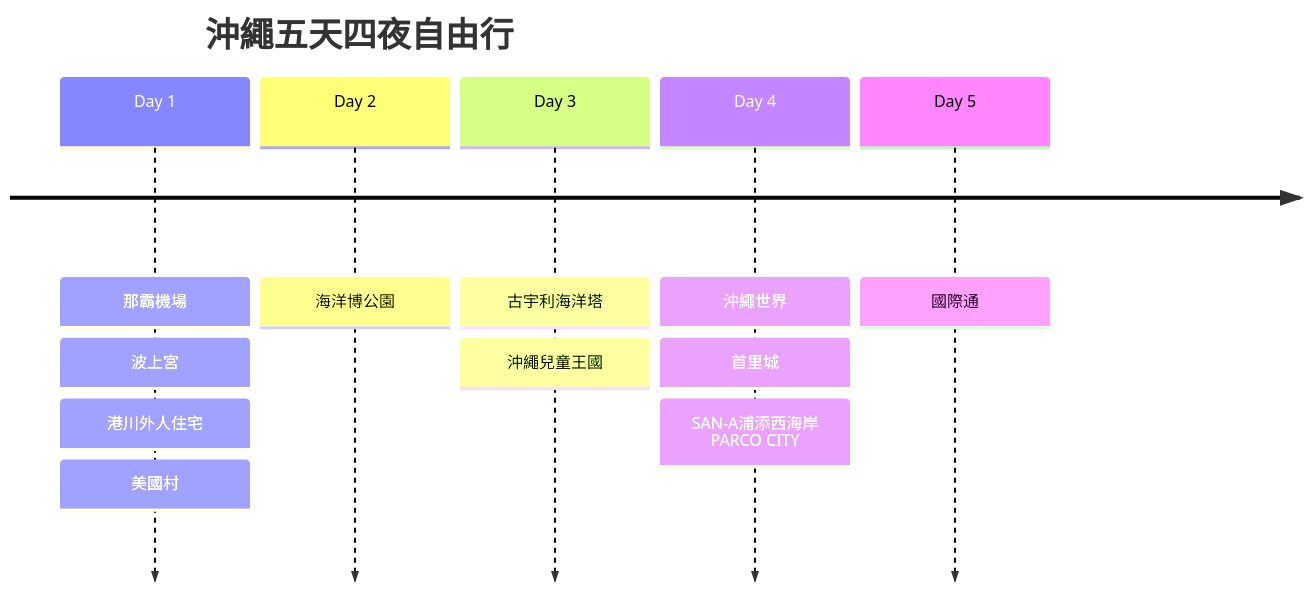
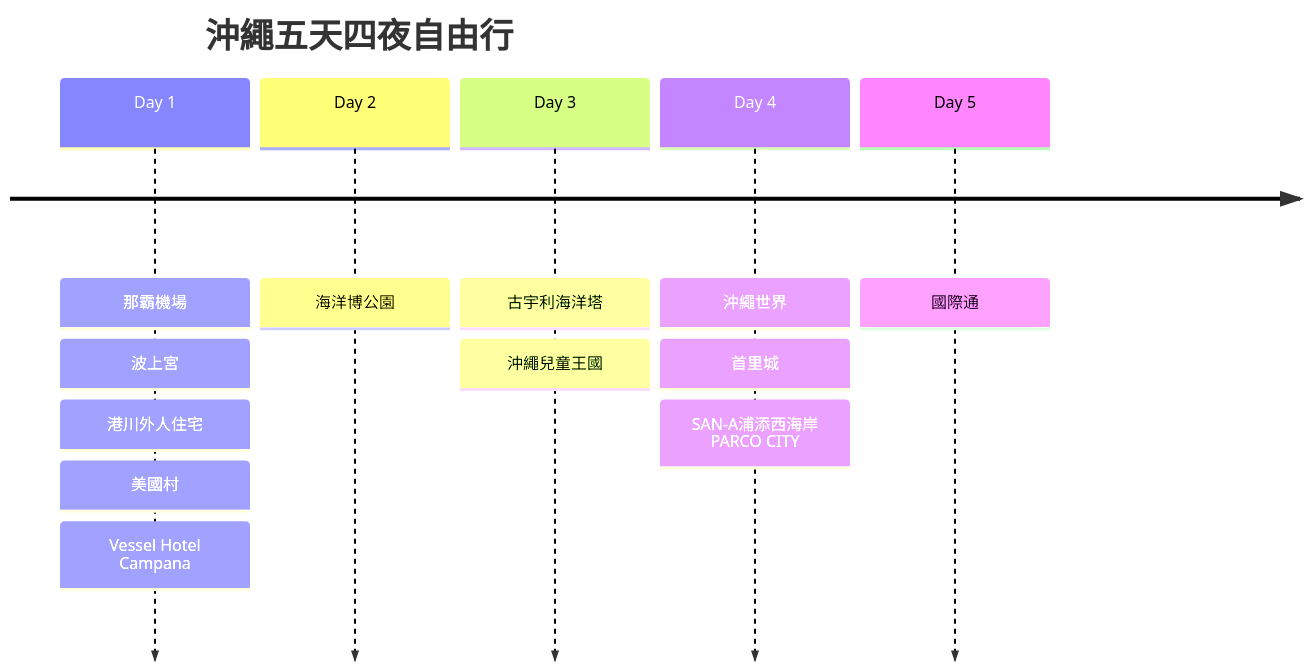
Before and after one commit to wilder640/trip: the first of 6 diagrams in docs/blog/posts/okinawa/okinawa-2024-12/okinawa-2024-12.md, drawn with Mermaid. The commit also changed other lines of this file, not shown here.

````diff
--- a/docs/blog/posts/okinawa/okinawa-2024-12/okinawa-2024-12.md
+++ b/docs/blog/posts/okinawa/okinawa-2024-12/okinawa-2024-12.md
@@ -23,9 +27,9 @@
 ``` mermaid
 timeline
     title 沖繩五天四夜自由行
-    Day 1 : 那霸機場 : 波上宮 : 港川外人住宅 : 美國村
+    Day 1 : 那霸機場 : 波上宮 : 港川外人住宅 : 美國村 : Vessel Hotel Campana
     Day 2 : 海洋博公園
     Day 3 : 古宇利海洋塔 : 沖繩兒童王國
     Day 4 : 沖繩世界 : 首里城 : SAN-A浦添西海岸 PARCO CITY
     Day 5 : 國際通
 ```
````
